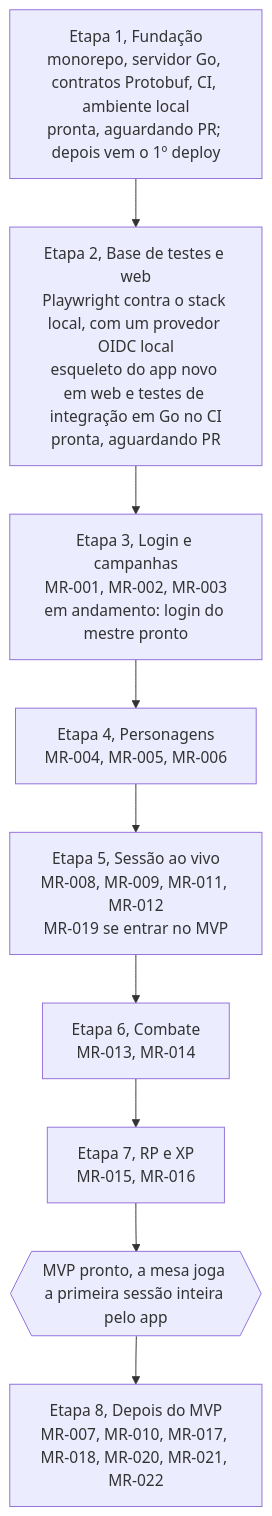
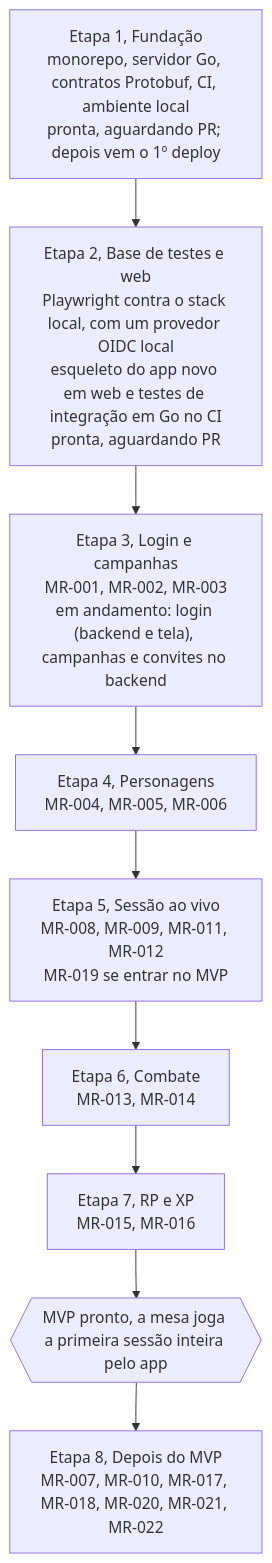
Before and after one commit to PuraFome/meuRPG: the diagram in docs/roadmap.md, drawn with Mermaid. The commit also changed other lines of this file and 58 other files, not shown here.

````diff
--- a/docs/roadmap.md
+++ b/docs/roadmap.md
@@ -5,14 +5,14 @@
 ```mermaid
 flowchart TD
     E1["Etapa 1, Fundação<br/>monorepo, servidor Go, contratos Protobuf, CI, ambiente local<br/>pronta, aguardando PR; depois vem o 1º deploy"]
     E2["Etapa 2, Base de testes e web<br/>Playwright contra o stack local, com um provedor OIDC local<br/>esqueleto do app novo em web e testes de integração em Go no CI<br/>pronta, aguardando PR"]
-    E3["Etapa 3, Login e campanhas<br/>MR-001, MR-002, MR-003<br/>em andamento: login do mestre pronto"]
+    E3["Etapa 3, Login e campanhas<br/>MR-001, MR-002, MR-003<br/>em andamento: login (backend e tela), campanhas e convites no backend"]
     E4["Etapa 4, Personagens<br/>MR-004, MR-005, MR-006"]
     E5["Etapa 5, Sessão ao vivo<br/>MR-008, MR-009, MR-011, MR-012<br/>MR-019 se entrar no MVP"]
     E6["Etapa 6, Combate<br/>MR-013, MR-014"]
     E7["Etapa 7, RP e XP<br/>MR-015, MR-016"]
     MVP{{"MVP pronto, a mesa joga a primeira sessão inteira pelo app"}}
     E8["Etapa 8, Depois do MVP<br/>MR-007, MR-010, MR-017, MR-018, MR-020, MR-021, MR-022"]
 
     E1 --> E2 --> E3 --> E4 --> E5 --> E6 --> E7 --> MVP --> E8
 ```
````
